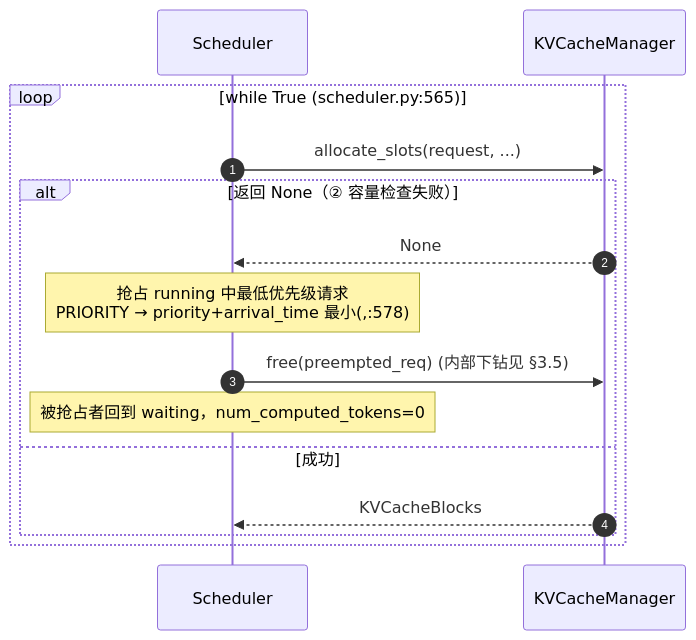
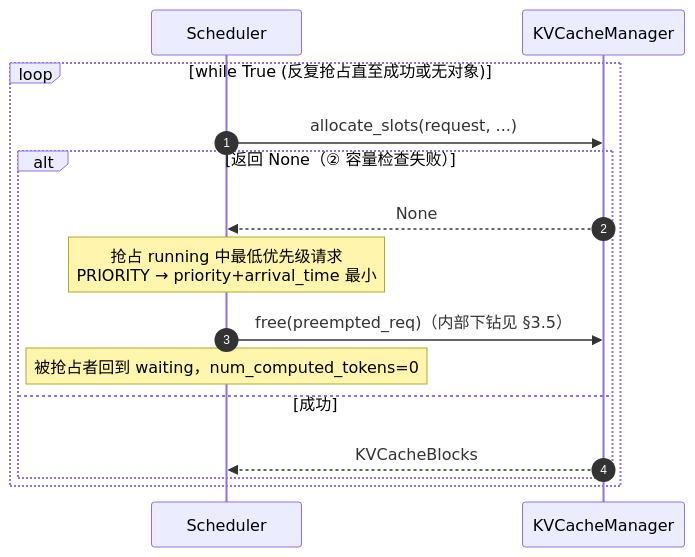
One commit to GoCHug/vllm changed the eighth of 8 diagrams in vllm/v1/core/kvcache_docs/0_end_to_end_sequence.md. Above: the diagram before and after it, drawn with Mermaid. The commit also changed other lines of this file and 6 other files, not shown here.

````diff
--- a/vllm/v1/core/kvcache_docs/0_end_to_end_sequence.md
+++ b/vllm/v1/core/kvcache_docs/0_end_to_end_sequence.md
@@ -318,17 +334,18 @@
 ```mermaid
+%%{init: {"themeVariables": {"actorFontSize": "11px", "messageFontSize": "11px", "noteFontSize": "11px"}, "sequence": {"actorMargin": 40, "messageMargin": 16, "noteMargin": 8, "boxMargin": 8, "boxTextMargin": 4, "messageAlign": "center", "mirrorActors": true, "height": 45}}}%%
 sequenceDiagram
     autonumber
-    participant S as Scheduler
-    participant KM as KVCacheManager
-    loop while True   (scheduler.py:565)
-        S->>KM: allocate_slots(request, ...)
+    participant Scheduler
+    participant KVCacheManager
+    loop while True   (反复抢占直至成功或无对象)
+        Scheduler->>KVCacheManager: allocate_slots(request, ...)
         alt 返回 None（② 容量检查失败）
-            KM-->>S: None
-            Note over S: 抢占 running 中最低优先级请求<br/>PRIORITY → priority+arrival_time 最小(,:578)
-            S->>KM: free(preempted_req)   (内部下钻见 §3.5)
-            Note over S: 被抢占者回到 waiting，num_computed_tokens=0
+            KVCacheManager-->>Scheduler: None
+            Note over Scheduler: 抢占 running 中最低优先级请求<br/>PRIORITY → priority+arrival_time 最小
+            Scheduler->>KVCacheManager: free(preempted_req)（内部下钻见 §3.5）
+            Note over Scheduler: 被抢占者回到 waiting，num_computed_tokens=0
         else 成功
-            KM-->>S: KVCacheBlocks
+            KVCacheManager-->>Scheduler: KVCacheBlocks
         end
     end
 ```
````
